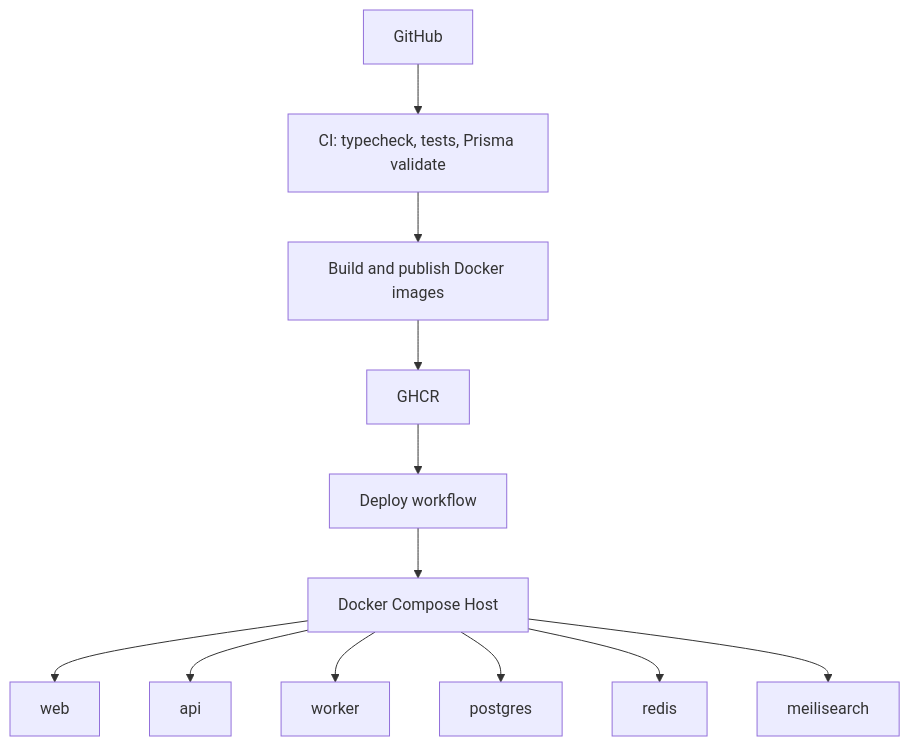
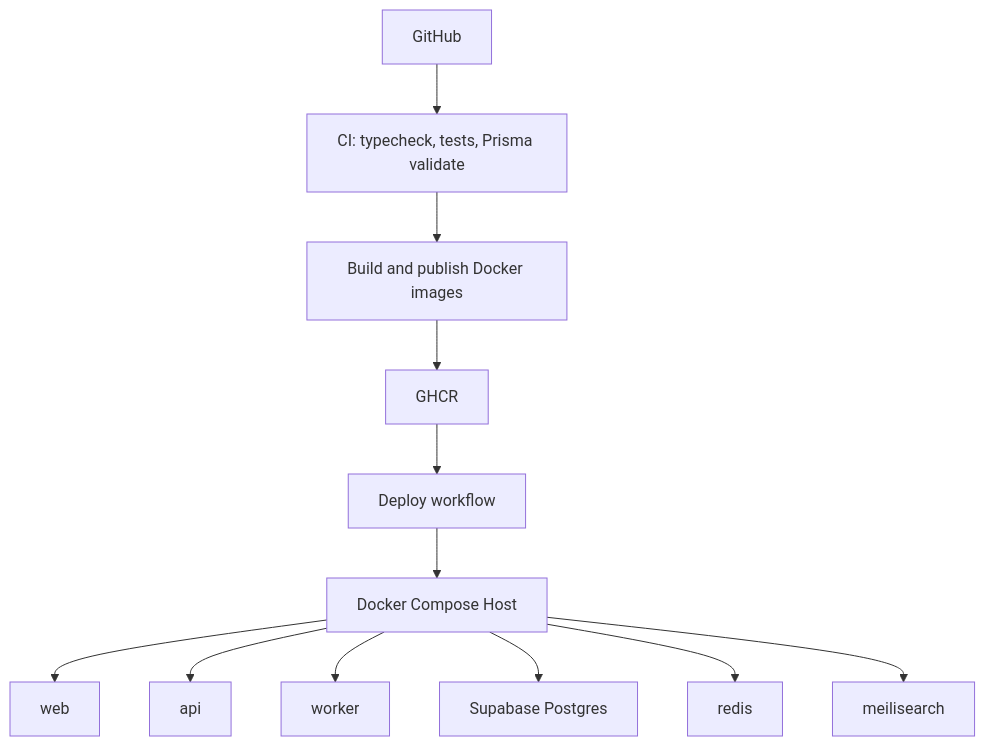
The seventh of 7 diagrams in README.md (SpySparsh/distributed-commerce-platform), drawn with Mermaid before and after one commit. The commit also changed other lines of this file and 2 other files, not shown here.

Commit message:
Document Supabase Prisma config and env setup

````diff
--- a/README.md
+++ b/README.md
@@ -271,15 +271,15 @@
 ```mermaid
 flowchart TD
   GitHub["GitHub"] --> CI["CI: typecheck, tests, Prisma validate"]
   CI --> Publish["Build and publish Docker images"]
   Publish --> GHCR["GHCR"]
   GHCR --> Deploy["Deploy workflow"]
   Deploy --> Host["Docker Compose Host"]
 
   Host --> Web["web"]
   Host --> API["api"]
   Host --> Worker["worker"]
-  Host --> Postgres["postgres"]
+  Host --> Supabase["Supabase Postgres"]
   Host --> Redis["redis"]
   Host --> Meili["meilisearch"]
 ```
````
